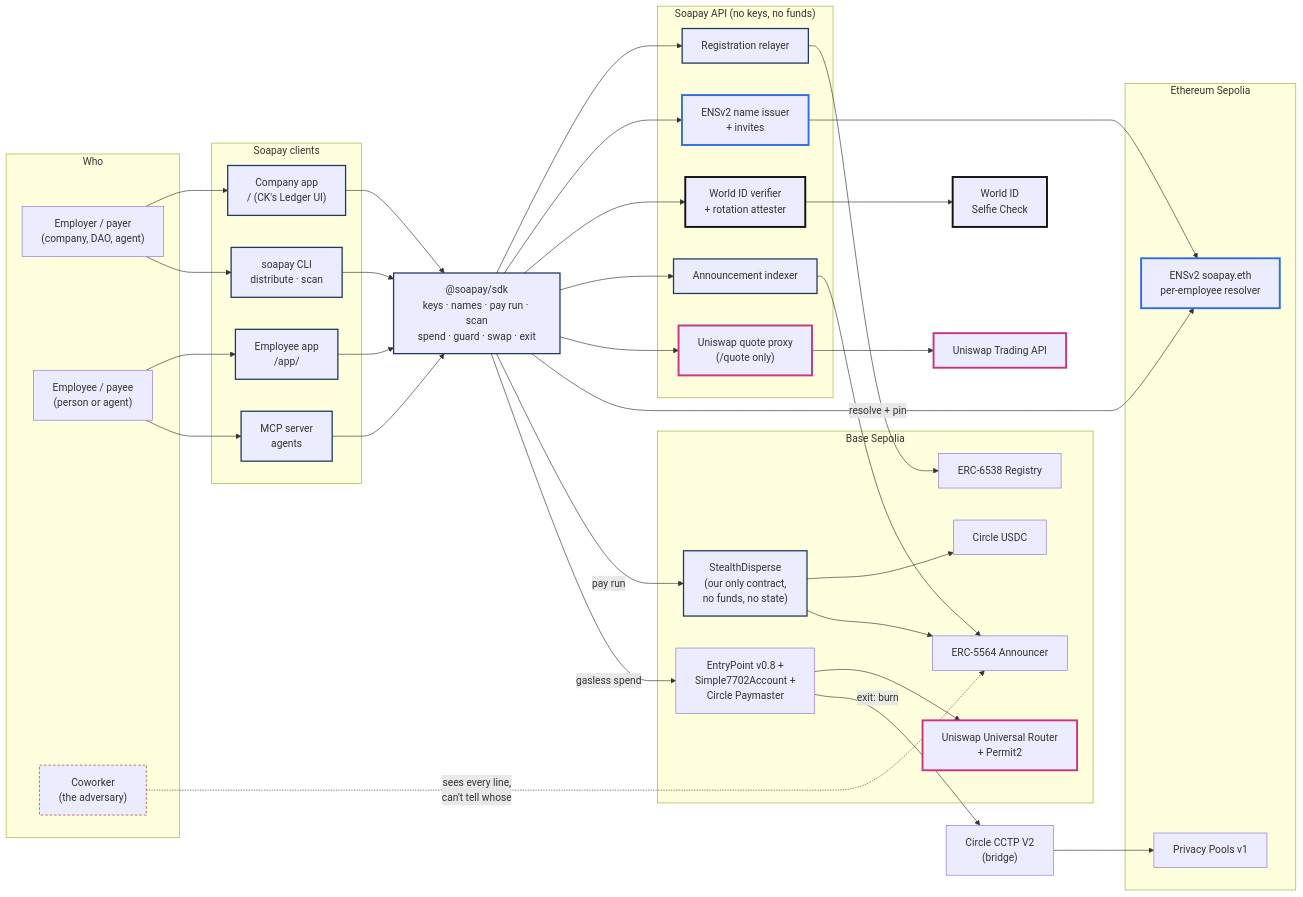
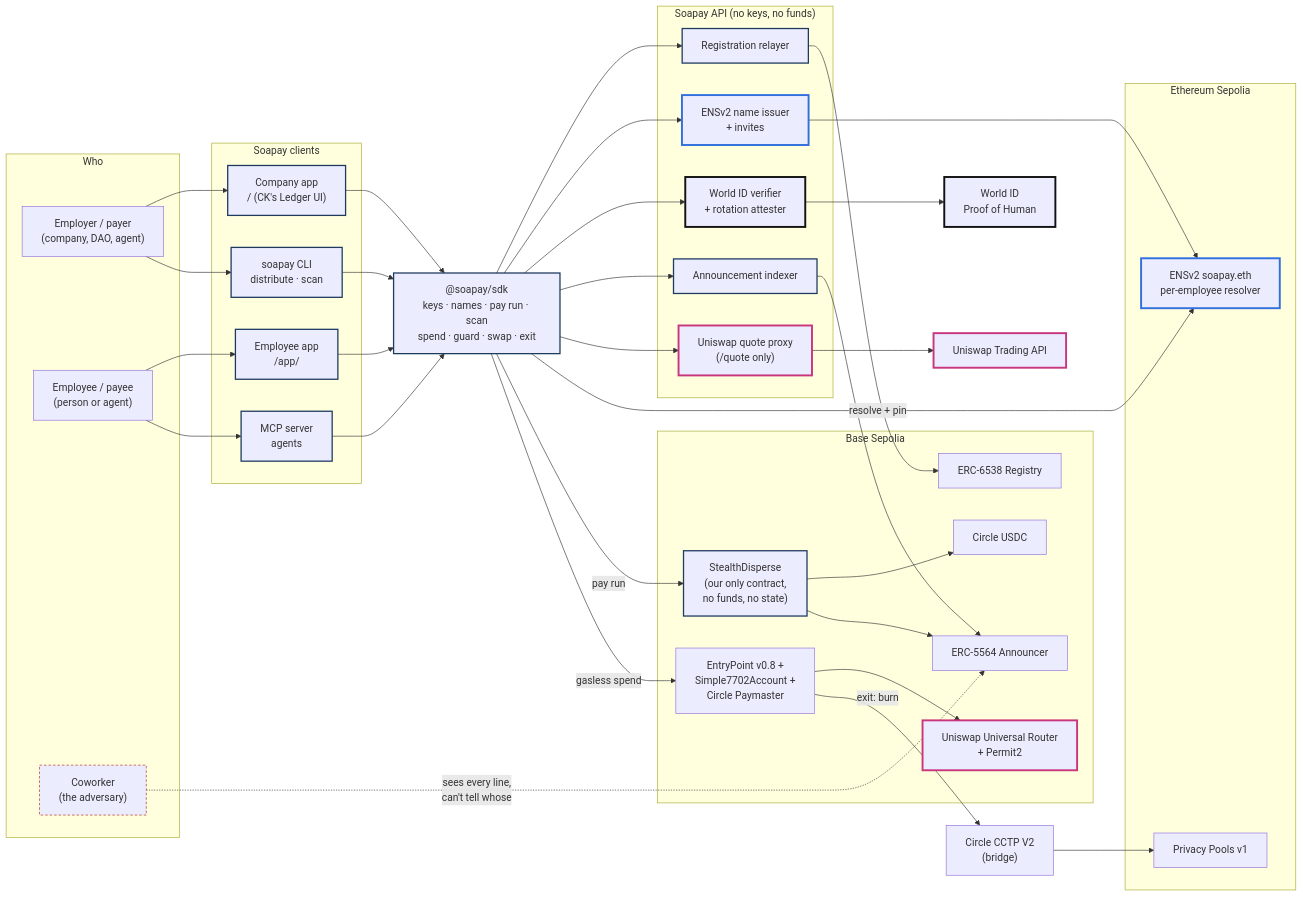
The first of 7 diagrams in docs/architecture.md (easonchai/soapay), drawn with Mermaid before and after one commit. The commit also changed other lines of this file and 21 other files, not shown here.

First line of the commit message:
World ID: Proof of Human for account recovery, replacing Selfie Check (D-54)

````diff
--- a/docs/architecture.md
+++ b/docs/architecture.md
@@ -11,78 +11,78 @@
 ```mermaid
 flowchart LR
   subgraph People["Who"]
     EMP["Employer / payer<br/>(company, DAO, agent)"]
     EE["Employee / payee<br/>(person or agent)"]
     CW["Coworker<br/>(the adversary)"]
   end
 
   subgraph Clients["Soapay clients"]
     SENDER["Company app<br/>/ (CK's Ledger UI)"]
     RECIP["Employee app<br/>/app/"]
     CLI["soapay CLI<br/>distribute · scan"]
     MCP["MCP server<br/>agents"]
   end
 
   SDK["@soapay/sdk<br/>keys · names · pay run · scan<br/>spend · guard · swap · exit"]
 
   subgraph API["Soapay API (no keys, no funds)"]
     RELAY["Registration relayer"]
     ISSUER["ENSv2 name issuer<br/>+ invites"]
     WIDV["World ID verifier<br/>+ rotation attester"]
     IDX["Announcement indexer"]
     QPROXY["Uniswap quote proxy<br/>(/quote only)"]
   end
 
   subgraph Base["Base Sepolia"]
     REG["ERC-6538 Registry"]
     ANN["ERC-5564 Announcer"]
     SD["StealthDisperse<br/>(our only contract,<br/>no funds, no state)"]
     USDC["Circle USDC"]
     AA["EntryPoint v0.8 +<br/>Simple7702Account +<br/>Circle Paymaster"]
     UR["Uniswap Universal Router<br/>+ Permit2"]
   end
 
   subgraph L1["Ethereum Sepolia"]
     ENS["ENSv2 soapay.eth<br/>per-employee resolver"]
     PP["Privacy Pools v1"]
   end
 
   CCTP["Circle CCTP V2<br/>(bridge)"]
-  WID["World ID<br/>Selfie Check"]
+  WID["World ID<br/>Proof of Human"]
   UAPI["Uniswap Trading API"]
 
   EMP --> SENDER
   EMP --> CLI
   EE --> RECIP
   EE --> MCP
   SENDER --> SDK
   RECIP --> SDK
   CLI --> SDK
   MCP --> SDK
 
   SDK --> RELAY --> REG
   SDK --> ISSUER --> ENS
   SDK --> WIDV --> WID
   SDK --> IDX --> ANN
   SDK --> QPROXY --> UAPI
   SDK -- "resolve + pin" --> ENS
   SDK -- "pay run" --> SD
   SD --> USDC
   SD --> ANN
   SDK -- "gasless spend" --> AA
   AA --> UR
   AA -- "exit: burn" --> CCTP --> PP
 
   CW -. "sees every line,<br/>can't tell whose" .-> ANN
 
   classDef ens stroke:#2F6FDE,stroke-width:3px
   classDef wid stroke:#111111,stroke-width:3px
   classDef uni stroke:#C8367E,stroke-width:3px
   classDef own stroke:#1E3A5F,stroke-width:2px
   classDef adv stroke:#B3261E,stroke-dasharray: 4 3
   class ENS,ISSUER ens
   class WID,WIDV wid
   class UR,UAPI,QPROXY uni
   class SDK,SENDER,RECIP,CLI,MCP,SD,RELAY,IDX own
   class CW adv
 ```
````
